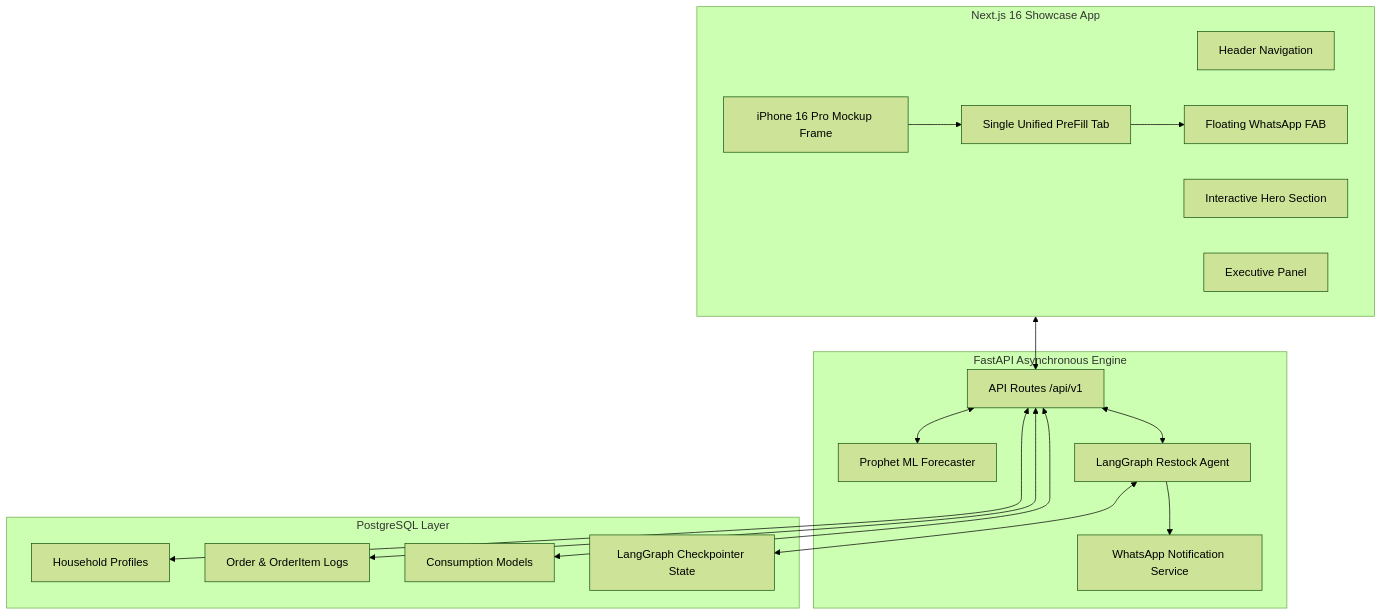
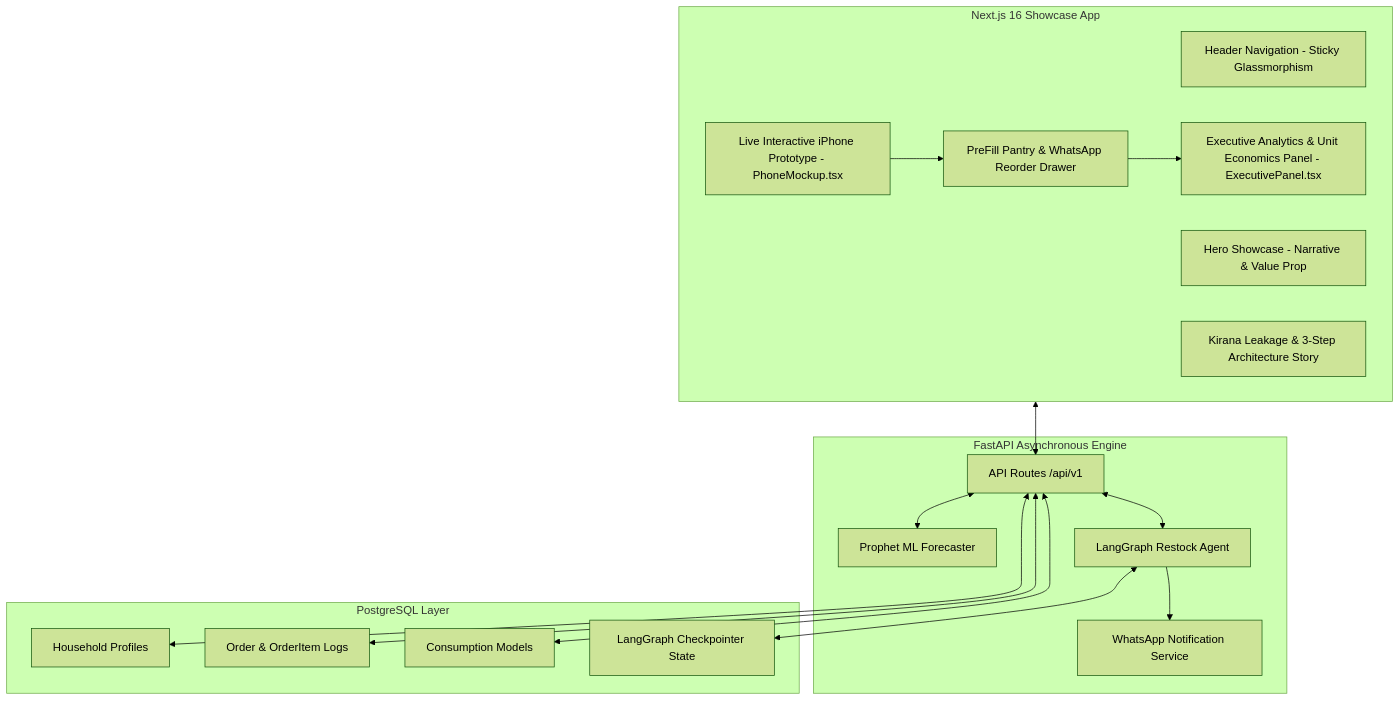
The diagram in ARCHITECTURE.md (kwakhare5/Grocer), drawn with Mermaid (forest theme) before and after one commit. The commit also changed 4 other files, not shown here.

Commit message:
docs: update ARCHITECTURE.md, CONTEXT.md, and CLAUDE.md session state

````diff
--- a/ARCHITECTURE.md
+++ b/ARCHITECTURE.md
@@ -66,36 +66,36 @@
 ```mermaid
 flowchart TD
     subgraph Frontend [Next.js 16 Showcase App]
-        A[Header Navigation]
-        B[Interactive Hero Section]
-        C[iPhone 16 Pro Mockup Frame]
-        D[Single Unified PreFill Tab]
-        E[Floating WhatsApp FAB]
-        F[Executive Panel]
+        A[Header Navigation - Sticky Glassmorphism]
+        B[Hero Showcase - Narrative & Value Prop]
+        C[Live Interactive iPhone Prototype - PhoneMockup.tsx]
+        D[PreFill Pantry & WhatsApp Reorder Drawer]
+        E[Executive Analytics & Unit Economics Panel - ExecutivePanel.tsx]
+        F[Kirana Leakage & 3-Step Architecture Story]
     end
 
     subgraph Backend [FastAPI Asynchronous Engine]
         G[API Routes /api/v1]
         H[Prophet ML Forecaster]
         I[LangGraph Restock Agent]
         J[WhatsApp Notification Service]
     end
 
     subgraph Database [PostgreSQL Layer]
         K[Household Profiles]
         L[Order & OrderItem Logs]
         M[Consumption Models]
         N[LangGraph Checkpointer State]
     end
 
     C --> D
     D --> E
     Frontend <--> G
     G <--> H
     G <--> I
     G <--> K
     G <--> L
     G <--> M
     I <--> N
     I --> J
 ```
````
